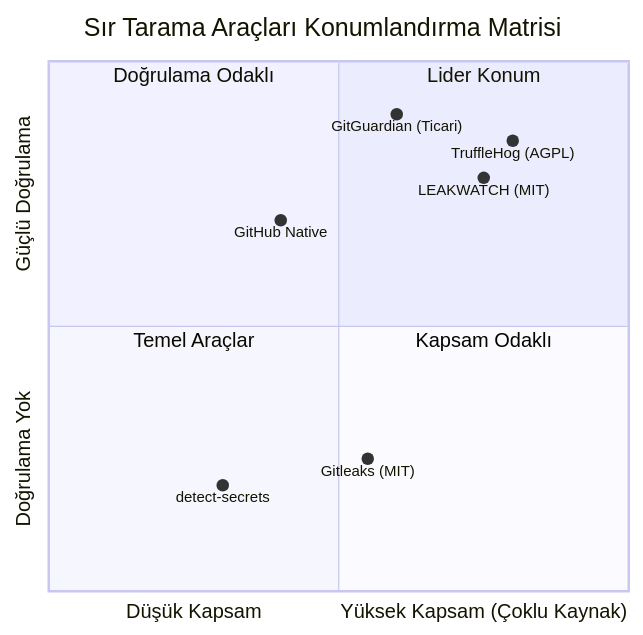
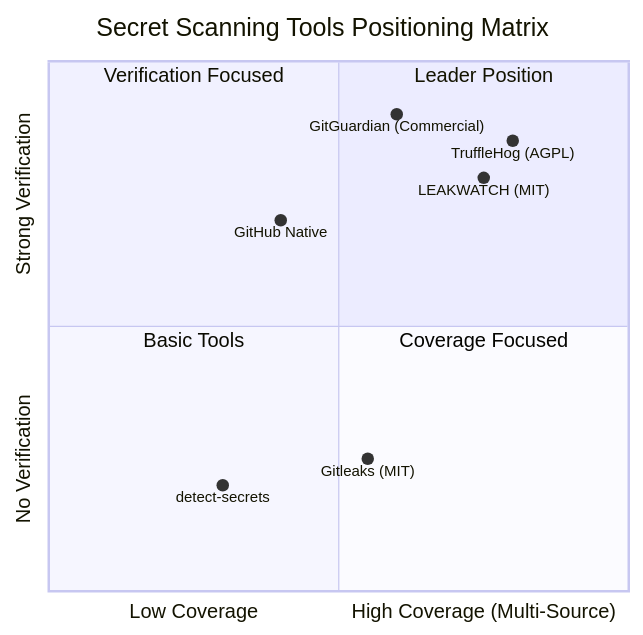
One commit to actions-marketplace-validations/HodeTech_Leakwatch changed the diagram in docs/architecture/01-COMPETITIVE-ANALYSIS.md. Above: the diagram before and after it, drawn with Mermaid. The commit also changed other lines of this file and 44 other files, not shown here.

````diff
--- a/docs/architecture/01-COMPETITIVE-ANALYSIS.md
+++ b/docs/architecture/01-COMPETITIVE-ANALYSIS.md
@@ -261,16 +261,16 @@
 ```mermaid
 quadrantChart
-    title Sır Tarama Araçları Konumlandırma Matrisi
-    x-axis "Düşük Kapsam" --> "Yüksek Kapsam (Çoklu Kaynak)"
-    y-axis "Doğrulama Yok" --> "Güçlü Doğrulama"
-    quadrant-1 "Lider Konum"
-    quadrant-2 "Doğrulama Odaklı"
-    quadrant-3 "Temel Araçlar"
-    quadrant-4 "Kapsam Odaklı"
+    title Secret Scanning Tools Positioning Matrix
+    x-axis "Low Coverage" --> "High Coverage (Multi-Source)"
+    y-axis "No Verification" --> "Strong Verification"
+    quadrant-1 "Leader Position"
+    quadrant-2 "Verification Focused"
+    quadrant-3 "Basic Tools"
+    quadrant-4 "Coverage Focused"
     "TruffleHog (AGPL)": [0.80, 0.85]
-    "GitGuardian (Ticari)": [0.60, 0.90]
+    "GitGuardian (Commercial)": [0.60, 0.90]
     "LEAKWATCH (MIT)": [0.75, 0.78]
     "Gitleaks (MIT)": [0.55, 0.25]
     "detect-secrets": [0.30, 0.20]
     "GitHub Native": [0.40, 0.70]
 ```
````
